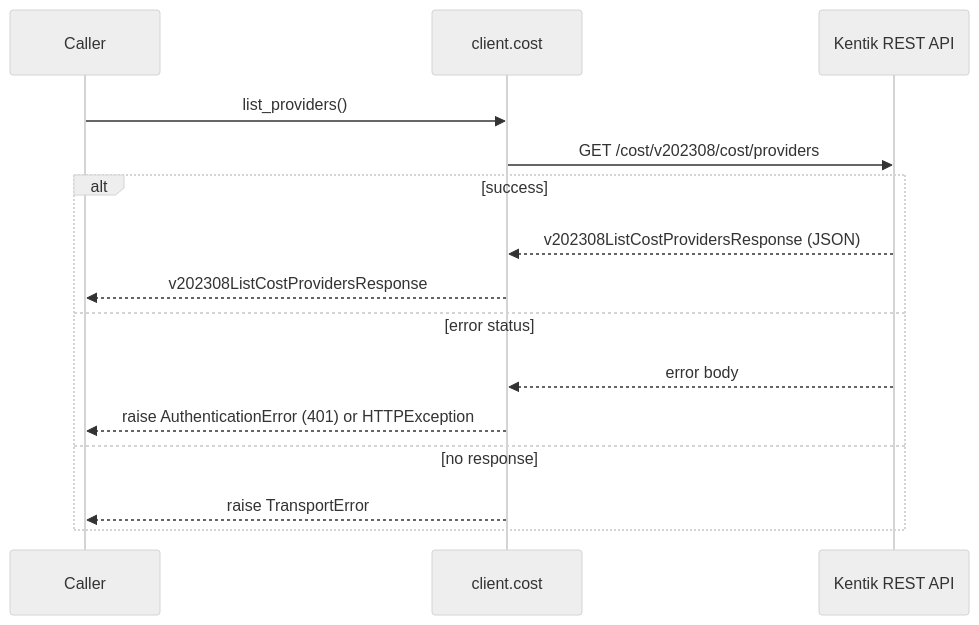
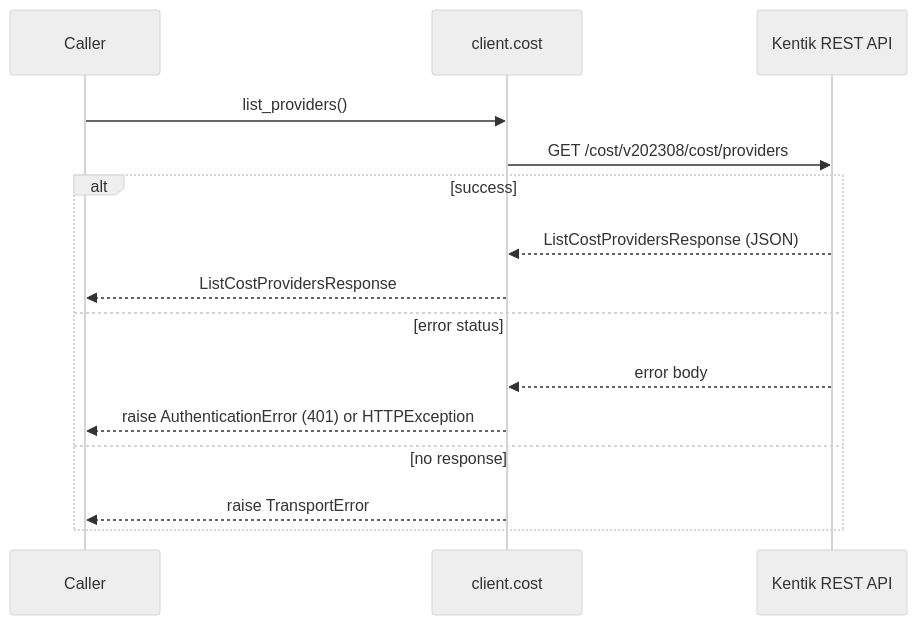
Before and after one commit to alexdearaujo/community_sdk_python: the second of 8 diagrams in docs/sphinx/services/cost.md, drawn with Mermaid (neutral theme). The commit also changed other lines of this file and 38 other files, not shown here.

````diff
--- a/docs/sphinx/services/cost.md
+++ b/docs/sphinx/services/cost.md
@@ -38,18 +38,18 @@
 ```mermaid
 sequenceDiagram
     participant C as Caller
     participant W as client.cost
     participant API as Kentik REST API
 
     C->>W: list_providers()
     W->>API: GET /cost/v202308/cost/providers
     alt success
-        API-->>W: v202308ListCostProvidersResponse (JSON)
-        W-->>C: v202308ListCostProvidersResponse
+        API-->>W: ListCostProvidersResponse (JSON)
+        W-->>C: ListCostProvidersResponse
     else error status
         API-->>W: error body
         W-->>C: raise AuthenticationError (401) or HTTPException
     else no response
         W-->>C: raise TransportError
     end
 ```
````
